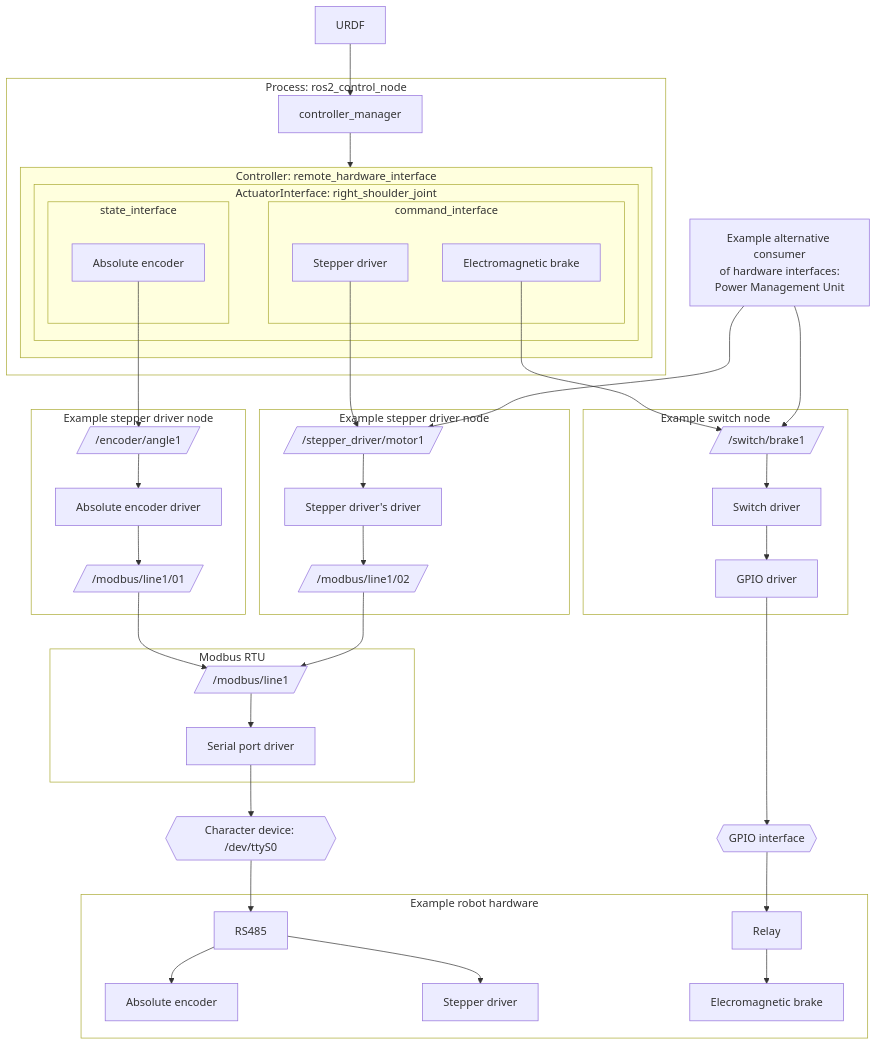
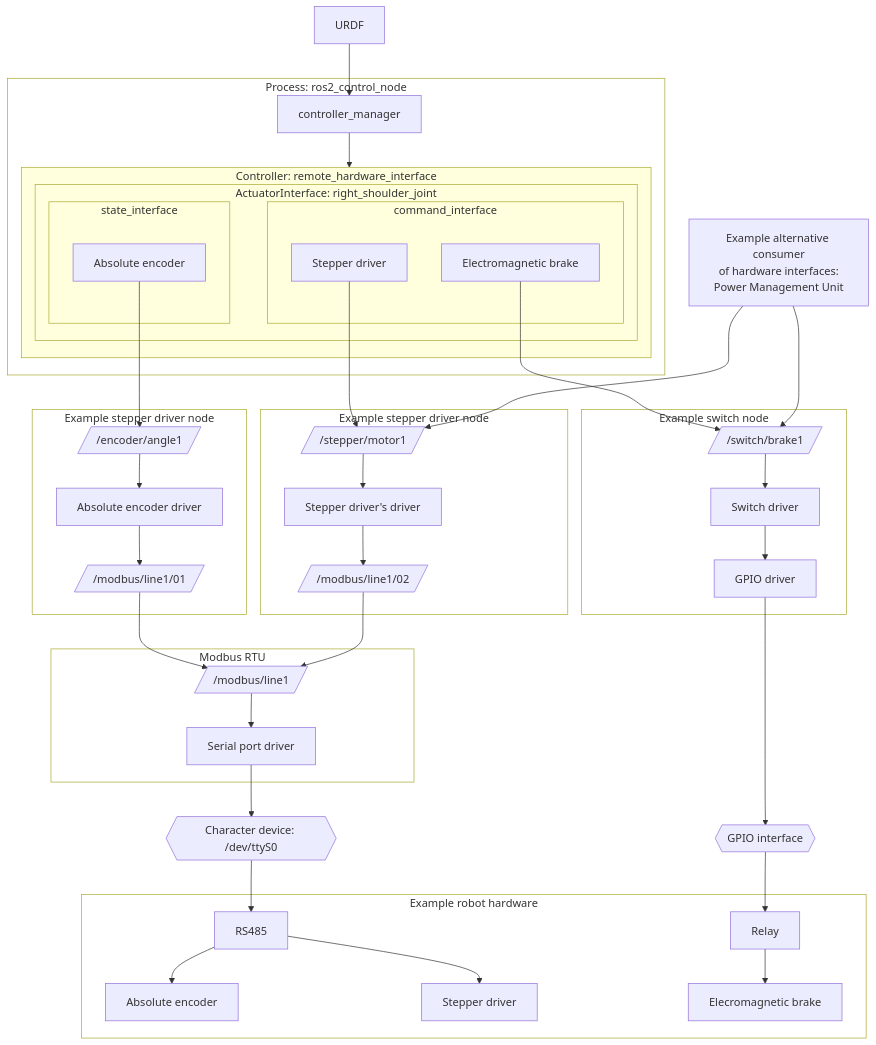
Before and after one commit to openvmp/remote_hardware_interface: the diagram in README.md, drawn with Mermaid.

Commit message:
Refactored DDS path for all resources

````diff
--- a/README.md
+++ b/README.md
@@ -52,73 +52,73 @@
 ```mermaid
 flowchart TB
     urdf[URDF]
 
     subgraph ros2_control_node[Process: ros2_control_node]
       controller_manager
       subgraph remote_hardware_interface[Controller: remote_hardware_interface]
         subgraph joint1[ActuatorInterface: right_shoulder_joint]
           subgraph state_interface[state_interface]
             absolute_encoder_intf[Absolute encoder]
           end
           subgraph command_interface[command_interface]
             stepper_driver_intf[Stepper driver]
             brake_intf[Electromagnetic brake]
           end
         end
       end
       controller_manager --> remote_hardware_interface
     end
     
     subgraph stepper_driver_node[Example stepper driver node]
-      stepper_driver_impl[//stepper_driver/motor1/] -->
+      stepper_driver_impl[//stepper/motor1/] -->
       stepper_logic[Stepper driver's driver] -->
       stepper_driver_topic[//modbus/line1/02/]
     end
     
     subgraph absolute_encoder_node[Example stepper driver node]
       absolute_encoder_impl[//encoder/angle1/] -->
       absolute_encoder_logic[Absolute encoder driver] -->
       absolute_encoder_topic[//modbus/line1/01/]
     end
     
     subgraph switch_node[Example switch node]
       switch_impl[//switch/brake1/] -->
       switch_driver[Switch driver] -->
       gpio_intf[GPIO driver]
     end
 
     subgraph modbus_rtu_node[Modbus RTU]
       modbus[//modbus/line1/] -->
       serial_driver["Serial port driver"]
     end
 
     absolute_encoder_intf --> absolute_encoder_impl
     stepper_driver_intf --> stepper_driver_impl
 
     absolute_encoder_topic --> modbus
     stepper_driver_topic --> modbus
     brake_intf --> switch_impl
 
     pmu[Example alternative consumer\nof hardware interfaces:\nPower Management Unit]
     pmu -->stepper_driver_impl
     pmu -->switch_impl
 
     gpio_intf ----> gpio{{GPIO interface}} --> relay
 
     urdf --> controller_manager
     subgraph robot_hardware[Example robot hardware]
       rs485[RS485]
       rs485 --> encoder[Absolute encoder]
       rs485 --> stepper_driver[Stepper driver]
       relay[Relay] --> brake[Elecromagnetic brake]
     end
 
     serial_driver --> file{{Character device: /dev/ttyS0}} --> rs485
 
     style ros2_control_node fill:#0000
     style stepper_driver_node fill:#0000
     style absolute_encoder_node fill:#0000
     style switch_node fill:#0000
     style modbus_rtu_node fill:#0000
     style robot_hardware fill:#0000
 ```
````
